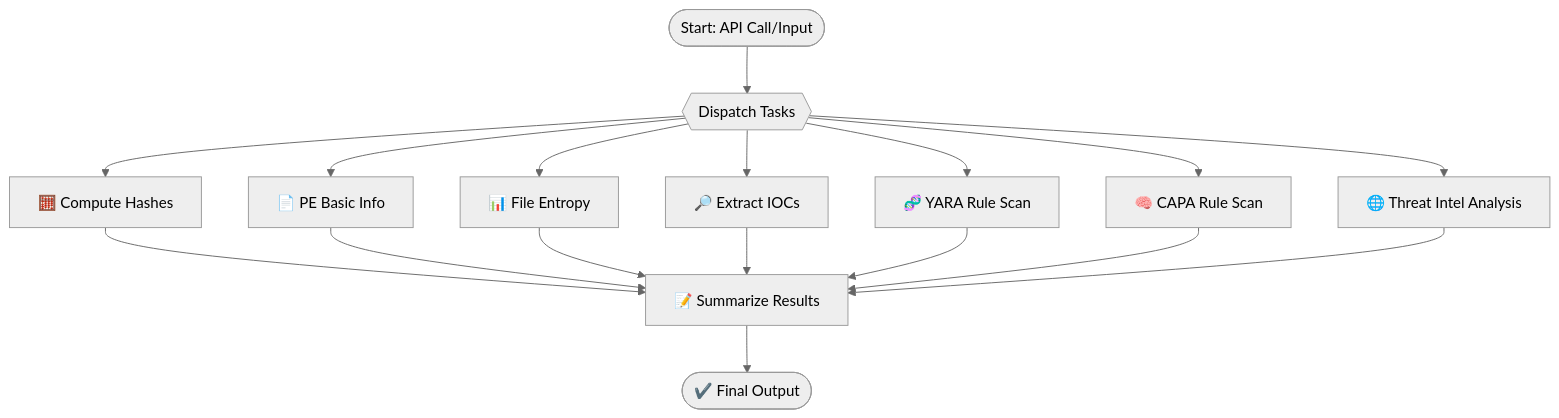
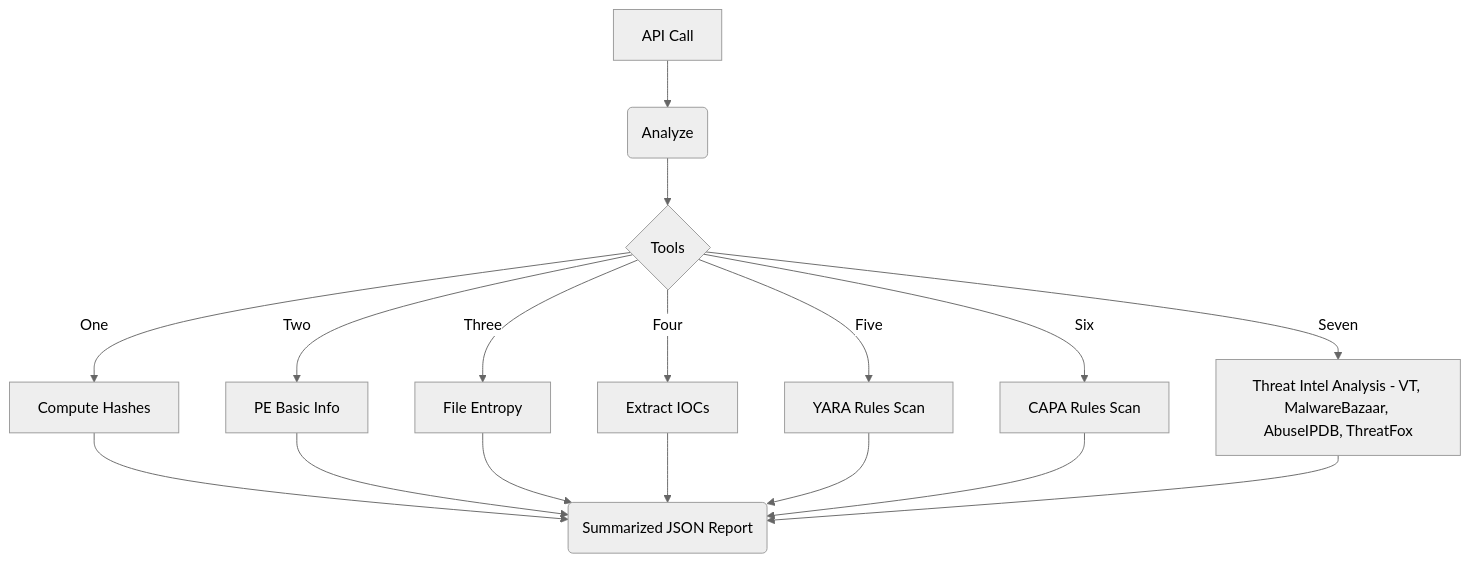
Before and after one commit to akajhon/MalOps-Agent: the diagram in README.md, drawn with Mermaid (neutral theme). The commit also changed other lines of this file and 33 other files, not shown here.

````diff
--- a/README.md
+++ b/README.md
@@ -35,24 +19,19 @@
 ```mermaid
-graph TD
-    Start([Start: API Call/Input]) --> Dispatcher{{Dispatch Tasks}}
-
-    %% Parallel analysis tasks
-    Dispatcher --> A1[🧮 Compute Hashes]
-    Dispatcher --> A2[📄 PE Basic Info]
-    Dispatcher --> A3[📊 File Entropy]
-    Dispatcher --> A4[🔎 Extract IOCs]
-    Dispatcher --> A5[🧬 YARA Rule Scan]
-    Dispatcher --> A6[🧠 CAPA Rule Scan]
-    Dispatcher --> A7[🌐 Threat Intel Analysis]
-
-    %% All nodes join at summary
-    A1 --> Summary[📝 Summarize Results]
-    A2 --> Summary
-    A3 --> Summary
-    A4 --> Summary
-    A5 --> Summary
-    A6 --> Summary
-    A7 --> Summary
-
-    Summary --> End([✔️ Final Output])
+flowchart TD
+    A[API Call] --> B(Analyze)
+    B --> C{Tools}
+    C -->|One| D[Compute Hashes]
+    C -->|Two| E[PE Basic Info]
+    C -->|Three| F[File Entropy]
+    C -->|Four| G[Extract IOCs]
+    C -->|Five| H[YARA Rules Scan]
+    C -->|Six| I[CAPA Rules Scan]
+    C -->|Seven| J[Threat Intel Analysis - VT, MalwareBazaar, AbuseIPDB, ThreatFox]
+    D --> K(Summarized JSON Report)
+    E --> K
+    F --> K
+    G --> K
+    H --> K
+    I --> K
+    J --> K
 ```
````
